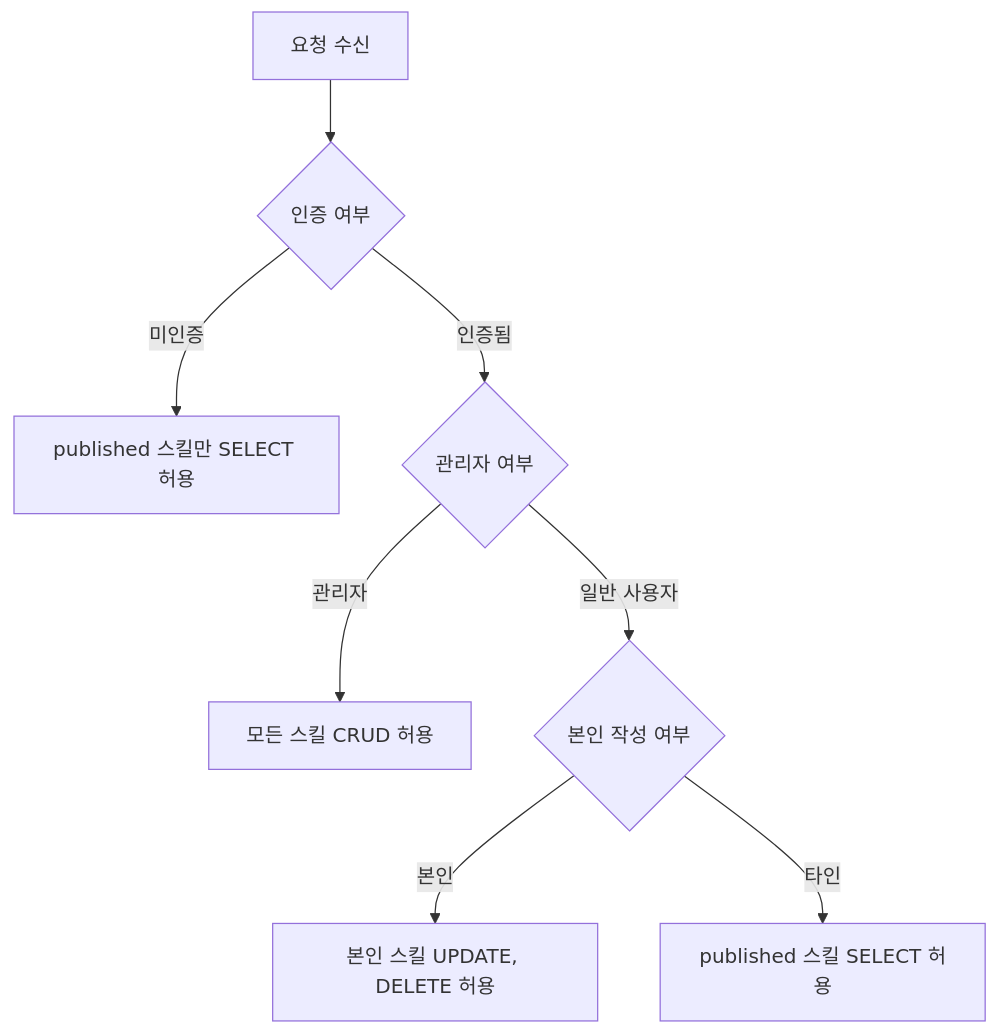
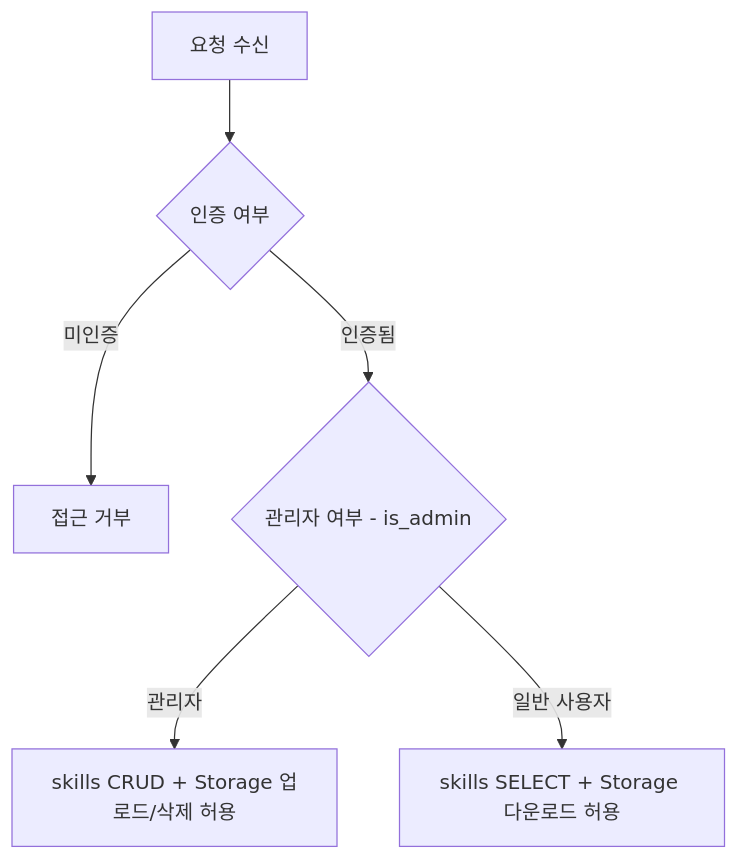
One commit to eluoaxjun/eluo-skill-hub changed the fourth of 5 diagrams in .kiro/specs/plugin-catalog-db/design.md. Above: the diagram before and after it, drawn with Mermaid. The commit also changed other lines of this file and 144 other files, not shown here.

````diff
--- a/.kiro/specs/plugin-catalog-db/design.md
+++ b/.kiro/specs/plugin-catalog-db/design.md
@@ -113,10 +183,8 @@
 ```mermaid
 flowchart TD
     Request["요청 수신"] --> AuthCheck{"인증 여부"}
-    AuthCheck -->|미인증| AnonRead["published 스킬만 SELECT 허용"]
-    AuthCheck -->|인증됨| RoleCheck{"관리자 여부"}
-    RoleCheck -->|관리자| FullAccess["모든 스킬 CRUD 허용"]
-    RoleCheck -->|일반 사용자| OwnerCheck{"본인 작성 여부"}
-    OwnerCheck -->|본인| OwnerCRUD["본인 스킬 UPDATE, DELETE 허용"]
-    OwnerCheck -->|타인| ReadOnly["published 스킬 SELECT 허용"]
+    AuthCheck -->|미인증| Deny["접근 거부"]
+    AuthCheck -->|인증됨| RoleCheck{"관리자 여부 - is_admin"}
+    RoleCheck -->|관리자| FullAccess["skills CRUD + Storage 업로드/삭제 허용"]
+    RoleCheck -->|일반 사용자| ReadOnly["skills SELECT + Storage 다운로드 허용"]
 ```
````
